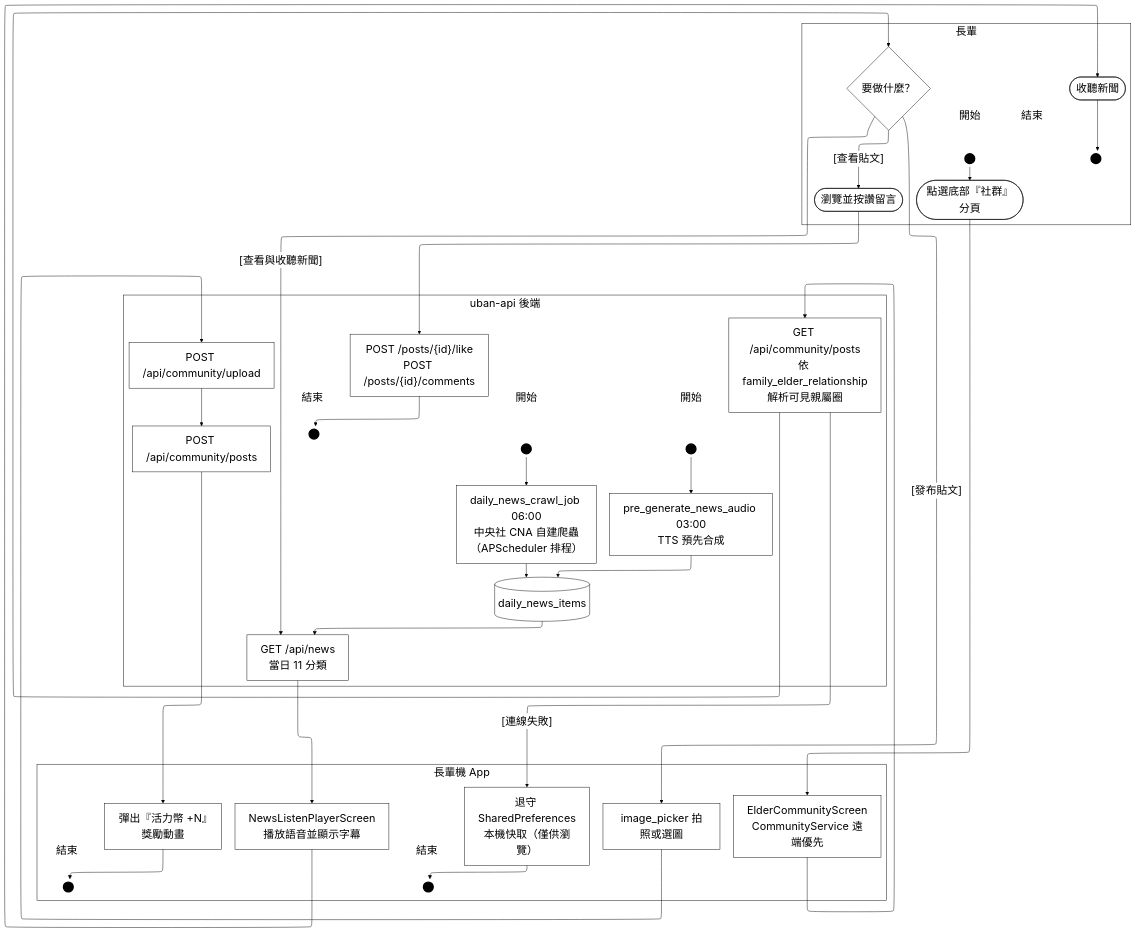
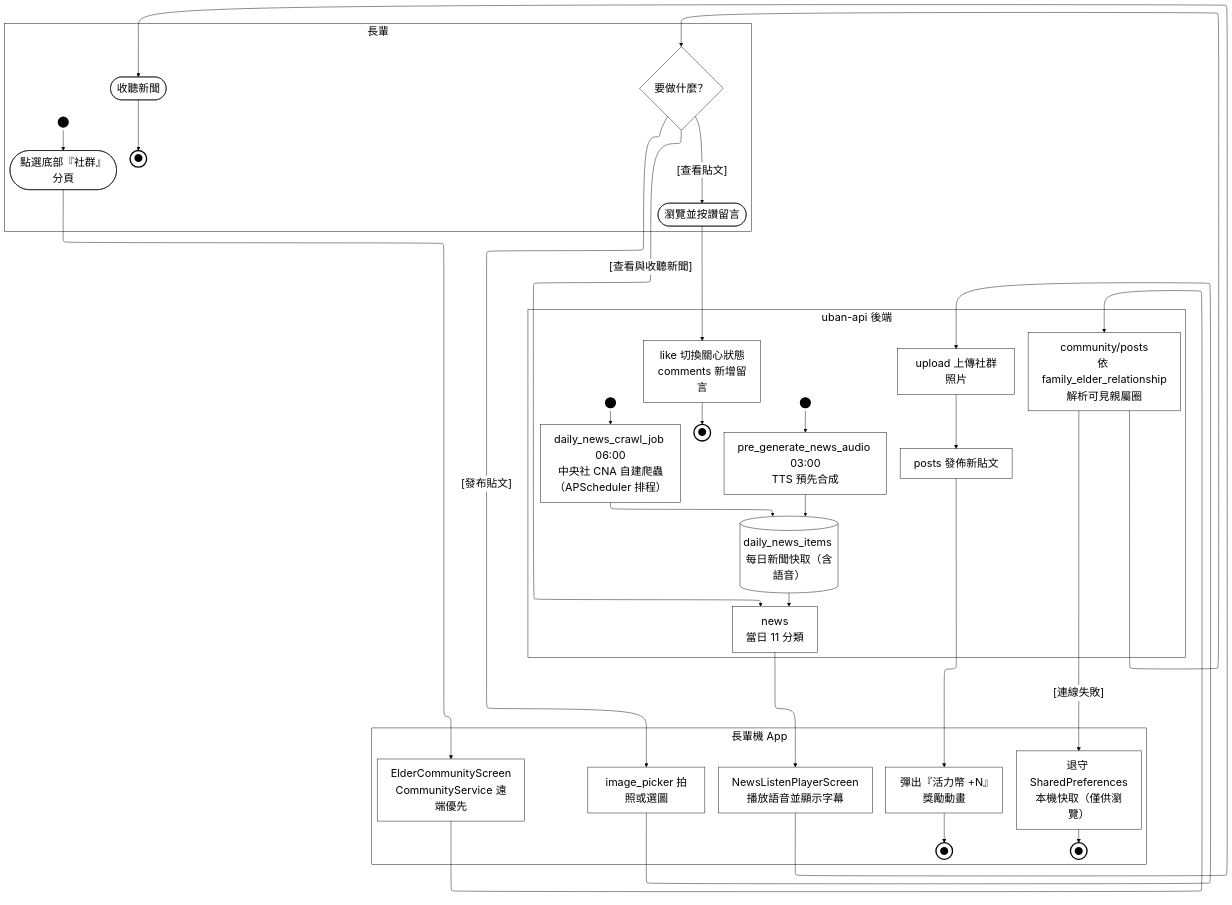
The diagram in Uban System Documents/mermaid原始碼/A05-長輩社群互動.mmd (HuangYu-Kai/Uban), drawn with Mermaid before and after one commit. The commit also changed 87 other files, not shown here.

First line of the commit message:
圖表：全面改用 draw.io 取代 mermaid，並把 113 個純英文節點改成英中對照

```diff
--- a/Uban System Documents/mermaid原始碼/A05-長輩社群互動.mmd
+++ b/Uban System Documents/mermaid原始碼/A05-長輩社群互動.mmd
@@ -1,78 +1,67 @@
-%%{init:{"layout":"elk","elk":{"mergeEdges":false},"flowchart":{"htmlLabels":true},"themeVariables":{"clusterBkg":"#FFFFFF","clusterBorder":"#000000","edgeLabelBackground":"#FFFFFF","textColor":"#000000","nodeTextColor":"#000000","titleColor":"#000000","lineColor":"#000000","fontSize":"24px"}}}%%
+%%{init:{"layout":"elk","elk":{"mergeEdges":false,"nodePlacementStrategy":"NETWORK_SIMPLEX"},"flowchart":{"htmlLabels":true},"themeVariables":{"clusterBkg":"#FFFFFF","clusterBorder":"#000000","edgeLabelBackground":"#FFFFFF","textColor":"#000000","nodeTextColor":"#000000","titleColor":"#000000","lineColor":"#000000","fontSize":"24px"}}}%%
 flowchart TD
   subgraph ROLE["長輩"]
-    LS_S1["開始"]:::lbl
+    PAD_ROLE["&nbsp;&nbsp;&nbsp;&nbsp;&nbsp;&nbsp;&nbsp;&nbsp;&nbsp;&nbsp;&nbsp;&nbsp;&nbsp;&nbsp;&nbsp;&nbsp;&nbsp;&nbsp;&nbsp;&nbsp;&nbsp;&nbsp;&nbsp;&nbsp;&nbsp;&nbsp;&nbsp;&nbsp;&nbsp;&nbsp;&nbsp;&nbsp;&nbsp;&nbsp;&nbsp;&nbsp;&nbsp;&nbsp;&nbsp;&nbsp;&nbsp;&nbsp;&nbsp;&nbsp;&nbsp;&nbsp;&nbsp;&nbsp;&nbsp;&nbsp;&nbsp;&nbsp;&nbsp;&nbsp;&nbsp;&nbsp;&nbsp;&nbsp;&nbsp;&nbsp;&nbsp;&nbsp;&nbsp;&nbsp;&nbsp;&nbsp;&nbsp;&nbsp;&nbsp;&nbsp;&nbsp;&nbsp;&nbsp;&nbsp;&nbsp;&nbsp;&nbsp;&nbsp;&nbsp;&nbsp;&nbsp;&nbsp;&nbsp;&nbsp;&nbsp;&nbsp;&nbsp;&nbsp;&nbsp;&nbsp;&nbsp;&nbsp;&nbsp;&nbsp;&nbsp;&nbsp;&nbsp;&nbsp;&nbsp;&nbsp;&nbsp;&nbsp;&nbsp;&nbsp;&nbsp;&nbsp;&nbsp;&nbsp;&nbsp;&nbsp;&nbsp;&nbsp;&nbsp;&nbsp;&nbsp;&nbsp;&nbsp;&nbsp;&nbsp;&nbsp;&nbsp;&nbsp;&nbsp;&nbsp;&nbsp;&nbsp;&nbsp;&nbsp;&nbsp;&nbsp;&nbsp;&nbsp;&nbsp;&nbsp;&nbsp;&nbsp;&nbsp;&nbsp;"]:::pad
     ST_S1(("&nbsp;")):::term
     S1([點選底部『社群』分頁]):::act
     S2{"要做什麼？"}:::dec
     S3(["瀏覽並按讚留言"]):::act
     S4(["收聽新聞"]):::act
-    LE_S4["結束"]:::lbl
-    EN_S4(("&nbsp;")):::term
+    EN_S4(("●")):::endterm
   end
   subgraph FE["長輩機 App"]
+    PAD_FE["&nbsp;&nbsp;&nbsp;"]:::pad
     A1["ElderCommunityScreen<br/>CommunityService 遠端優先"]:::act
     A2["image_picker 拍照或選圖"]:::act
     A3["彈出『活力幣 +N』獎勵動畫"]:::act
-    LE_A3["結束"]:::lbl
-    EN_A3(("&nbsp;")):::term
+    EN_A3(("●")):::endterm
     A4["NewsListenPlayerScreen<br/>播放語音並顯示字幕"]:::act
     A5["退守 SharedPreferences<br/>本機快取（僅供瀏覽）"]:::act
-    LE_A5["結束"]:::lbl
-    EN_A5(("&nbsp;")):::term
+    EN_A5(("●")):::endterm
   end
   subgraph BE["uban-api 後端"]
-    B1["GET /api/community/posts<br/>依 family_elder_relationship<br/>解析可見親屬圈"]:::act
-    B2["POST /api/community/upload"]:::act
-    B3["POST /api/community/posts"]:::act
-    B4["POST /posts/{id}/like<br/>POST /posts/{id}/comments"]:::act
-    LE_B4["結束"]:::lbl
-    EN_B4(("&nbsp;")):::term
-    B5["GET /api/news<br/>當日 11 分類"]:::act
-    LS_J1["開始"]:::lbl
+    B1["community/posts<br/>依 family_elder_relationship<br/>解析可見親屬圈"]:::act
+    B2["upload 上傳社群照片"]:::act
+    B3["posts 發佈新貼文"]:::act
+    B4["like 切換關心狀態<br/>comments 新增留言"]:::act
+    EN_B4(("●")):::endterm
+    B5["news<br/>當日 11 分類"]:::act
     ST_J1(("&nbsp;")):::term
     J1["daily_news_crawl_job 06:00<br/>中央社 CNA 自建爬蟲<br/>（APScheduler 排程）"]:::act
-    LS_J2["開始"]:::lbl
     ST_J2(("&nbsp;")):::term
     J2["pre_generate_news_audio 03:00<br/>TTS 預先合成"]:::act
-    DB[("daily_news_items")]:::act
+    DB[("daily_news_items 每日新聞快取（含語音）")]:::act
   end
 
-  LS_S1 ~~~ ST_S1
   ST_S1 --> S1
-  LS_J1 ~~~ ST_J1
   ST_J1 --> J1
-  LS_J2 ~~~ ST_J2
   ST_J2 --> J2
   S1 --> A1
   A1 --> B1
   B1 -->|"[連線失敗]"| A5
   B1 --> S2
   S2 -->|"[查看貼文]"| S3
   S3 --> B4
   S2 -->|"[發布貼文]"| A2
   A2 --> B2
   B2 --> B3
   B3 --> A3
   S2 -->|"[查看與收聽新聞]"| B5
   B5 --> A4
   A4 --> S4
   J1 --> DB
   J2 --> DB
   DB --> B5
   S4 --> EN_S4
-  LE_S4 ~~~ EN_S4
   A3 --> EN_A3
-  LE_A3 ~~~ EN_A3
   A5 --> EN_A5
-  LE_A5 ~~~ EN_A5
   B4 --> EN_B4
-  LE_B4 ~~~ EN_B4
   %% 鎖住泳道順序：ELK 不照宣告順序排，沒有這條鏈後端會跑到最上面
   ROLE ~~~ FE ~~~ BE
 
+  classDef pad  fill:none,stroke:none,color:#FFFFFF
   classDef act  fill:#FFFFFF,stroke:#000000,stroke-width:1px,color:#000000
   classDef dec  fill:#FFFFFF,stroke:#000000,stroke-width:1px,color:#000000
   classDef term fill:#000000,stroke:#000000,stroke-width:3px,color:#000000
+  classDef endterm fill:#FFFFFF,stroke:#000000,stroke-width:3px,color:#000000
   classDef gap  fill:#FFFFFF,stroke:#000000,stroke-width:1px,color:#000000,stroke-dasharray:4 3
-  classDef lbl  fill:none,stroke:none,color:#000000
```
